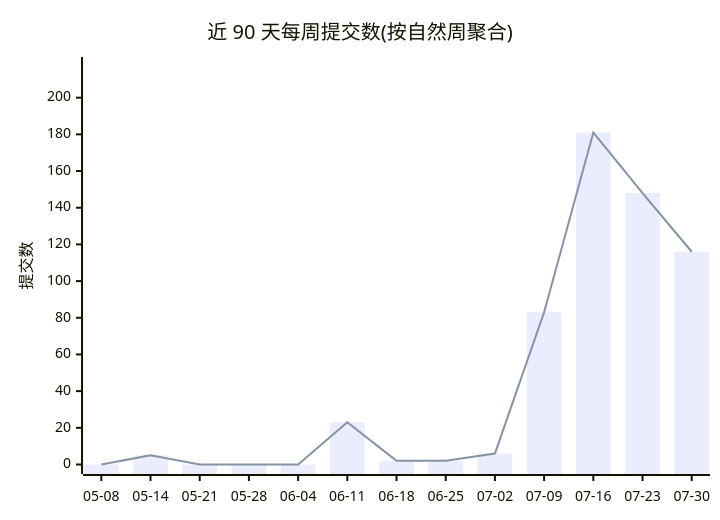
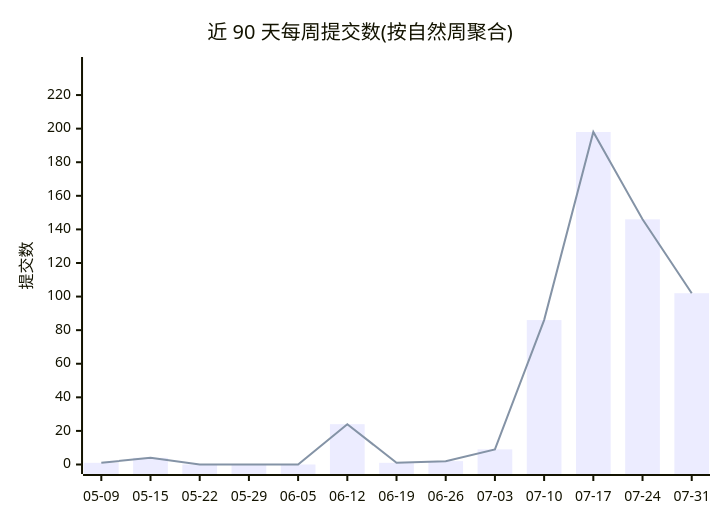
The first of 2 diagrams in profile/README.md (Conflux-Union/.github), drawn with Mermaid before and after one commit. The commit also changed other lines of this file and 1 other file, not shown here.

````diff
--- a/profile/README.md
+++ b/profile/README.md
@@ -44,8 +44,8 @@
 ```mermaid
 xychart-beta
     title "近 90 天每周提交数(按自然周聚合)"
-    x-axis ["05-08", "05-14", "05-21", "05-28", "06-04", "06-11", "06-18", "06-25", "07-02", "07-09", "07-16", "07-23", "07-30"]
-    y-axis "提交数" 0 --> 217
-    bar [0, 5, 0, 0, 0, 23, 2, 2, 6, 83, 181, 148, 116]
-    line [0, 5, 0, 0, 0, 23, 2, 2, 6, 83, 181, 148, 116]
+    x-axis ["05-09", "05-15", "05-22", "05-29", "06-05", "06-12", "06-19", "06-26", "07-03", "07-10", "07-17", "07-24", "07-31"]
+    y-axis "提交数" 0 --> 237
+    bar [1, 4, 0, 0, 0, 24, 1, 2, 9, 86, 198, 146, 102]
+    line [1, 4, 0, 0, 0, 24, 1, 2, 9, 86, 198, 146, 102]
 ```
````
